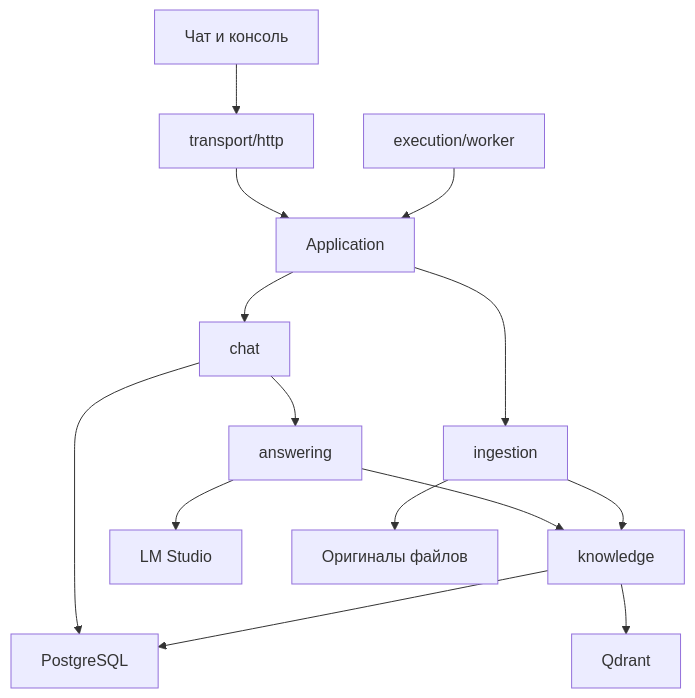
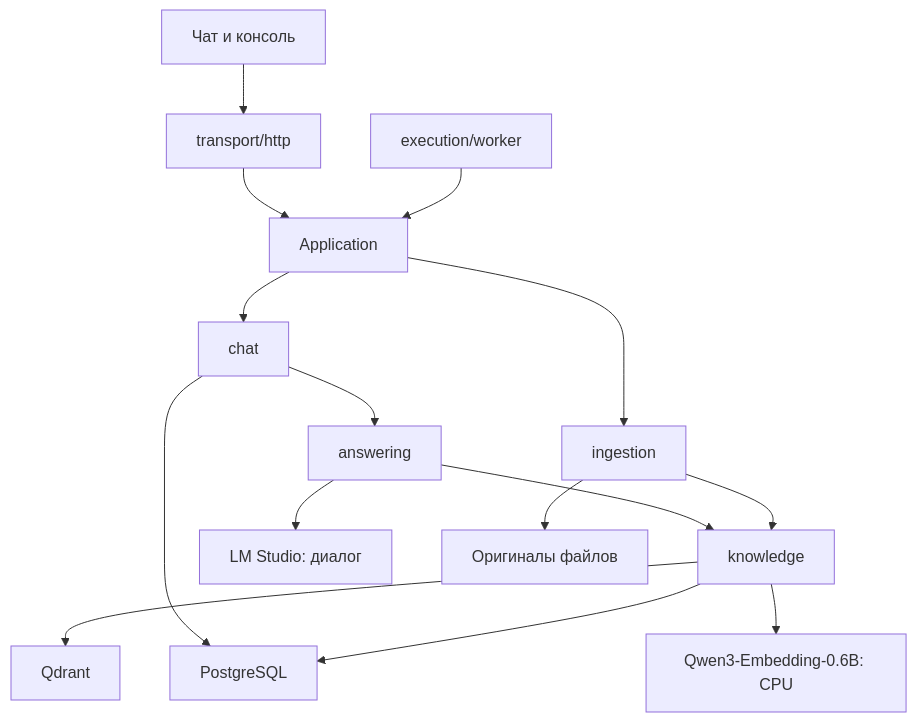
The diagram in docs/architecture.md (kanl222/AgentAI), drawn with Mermaid before and after one commit. The commit also changed other lines of this file and 62 other files, not shown here.

First line of the commit message:
feat: migrate document search to CPU Qwen embeddings

````diff
--- a/docs/architecture.md
+++ b/docs/architecture.md
@@ -31,16 +31,17 @@
 ```mermaid
 flowchart TD
     UI[Чат и консоль] --> HTTP[transport/http]
     HTTP --> APP[Application]
     WORKER[execution/worker] --> APP
     APP --> CHAT[chat]
     APP --> INGEST[ingestion]
     CHAT --> ANSWER[answering]
     ANSWER --> KNOWLEDGE[knowledge]
     INGEST --> KNOWLEDGE
     CHAT --> PG[PostgreSQL]
     KNOWLEDGE --> Q[Qdrant]
     KNOWLEDGE --> PG
-    ANSWER --> MODEL[LM Studio]
+    ANSWER --> MODEL[LM Studio: диалог]
+    KNOWLEDGE --> EMBEDDINGS[Qwen3-Embedding-0.6B: CPU]
     INGEST --> FILES[Оригиналы файлов]
 ```
````
